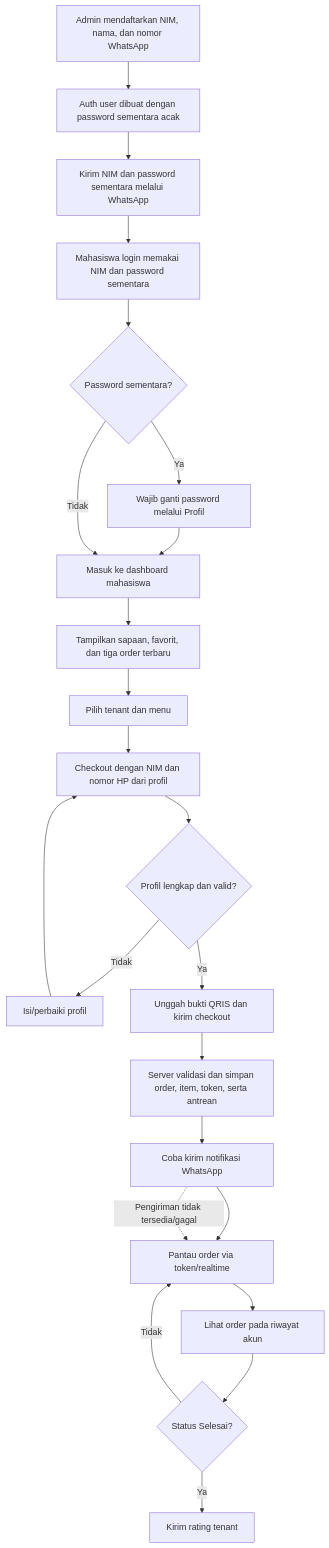
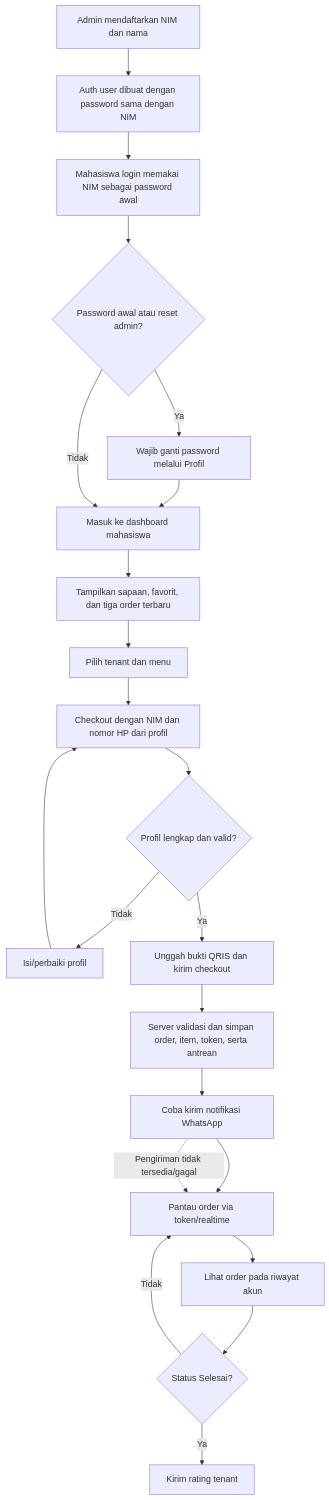
One commit to nandayudhistirawibowo/SiKantin changed the second of 7 diagrams in FLOWCHART.md. Above: the diagram before and after it, drawn with Mermaid. The commit also changed other lines of this file and 9 other files, not shown here.

Commit message:
Fitur: Password default NIM & hapus alur aktivasi

````diff
--- a/FLOWCHART.md
+++ b/FLOWCHART.md
@@ -40,25 +40,24 @@
 ```mermaid
 flowchart TD
-    A[Admin mendaftarkan NIM, nama, dan nomor WhatsApp] --> B[Auth user dibuat dengan password sementara acak]
-    B --> C[Kirim NIM dan password sementara melalui WhatsApp]
-    C --> D[Mahasiswa login memakai NIM dan password sementara]
-    D --> E{Password sementara?}
-    E -- Ya --> F[Wajib ganti password melalui Profil]
+    A[Admin mendaftarkan NIM dan nama] --> B[Auth user dibuat dengan password sama dengan NIM]
+    B --> C[Mahasiswa login memakai NIM sebagai password awal]
+    C --> D{Password awal atau reset admin?}
+    D -- Ya --> F[Wajib ganti password melalui Profil]
     F --> G[Masuk ke dashboard mahasiswa]
-    E -- Tidak --> G
+    D -- Tidak --> G
     G --> H[Tampilkan sapaan, favorit, dan tiga order terbaru]
     H --> I[Pilih tenant dan menu]
     I --> J[Checkout dengan NIM dan nomor HP dari profil]
     J --> K{Profil lengkap dan valid?}
     K -- Tidak --> L[Isi/perbaiki profil]
     L --> J
     K -- Ya --> M[Unggah bukti QRIS dan kirim checkout]
     M --> N[Server validasi dan simpan order, item, token, serta antrean]
     N --> O[Coba kirim notifikasi WhatsApp]
     O --> P[Pantau order via token/realtime]
     P --> Q[Lihat order pada riwayat akun]
     Q --> R{Status Selesai?}
     R -- Tidak --> P
     R -- Ya --> S[Kirim rating tenant]
     O -. Pengiriman tidak tersedia/gagal .-> P
 ```
````
